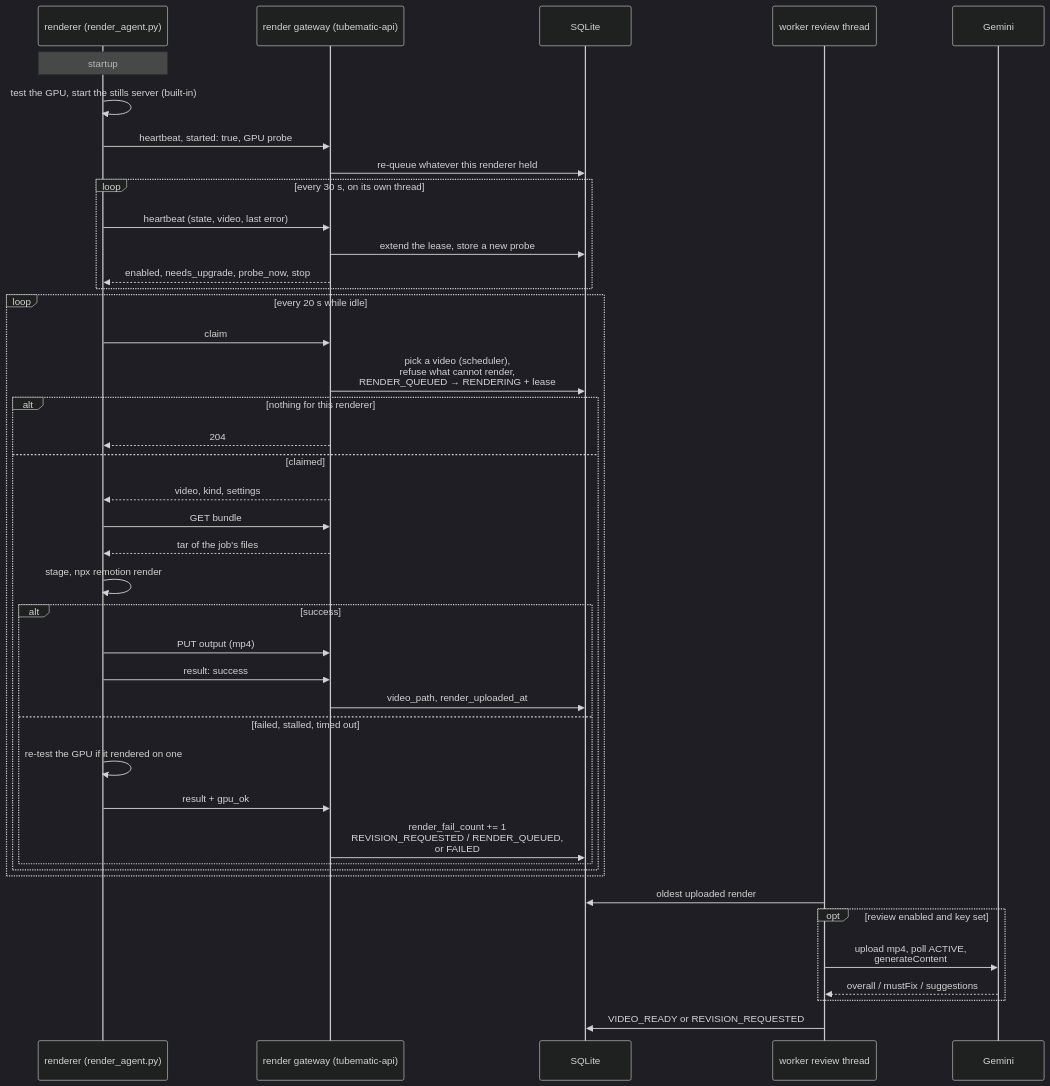
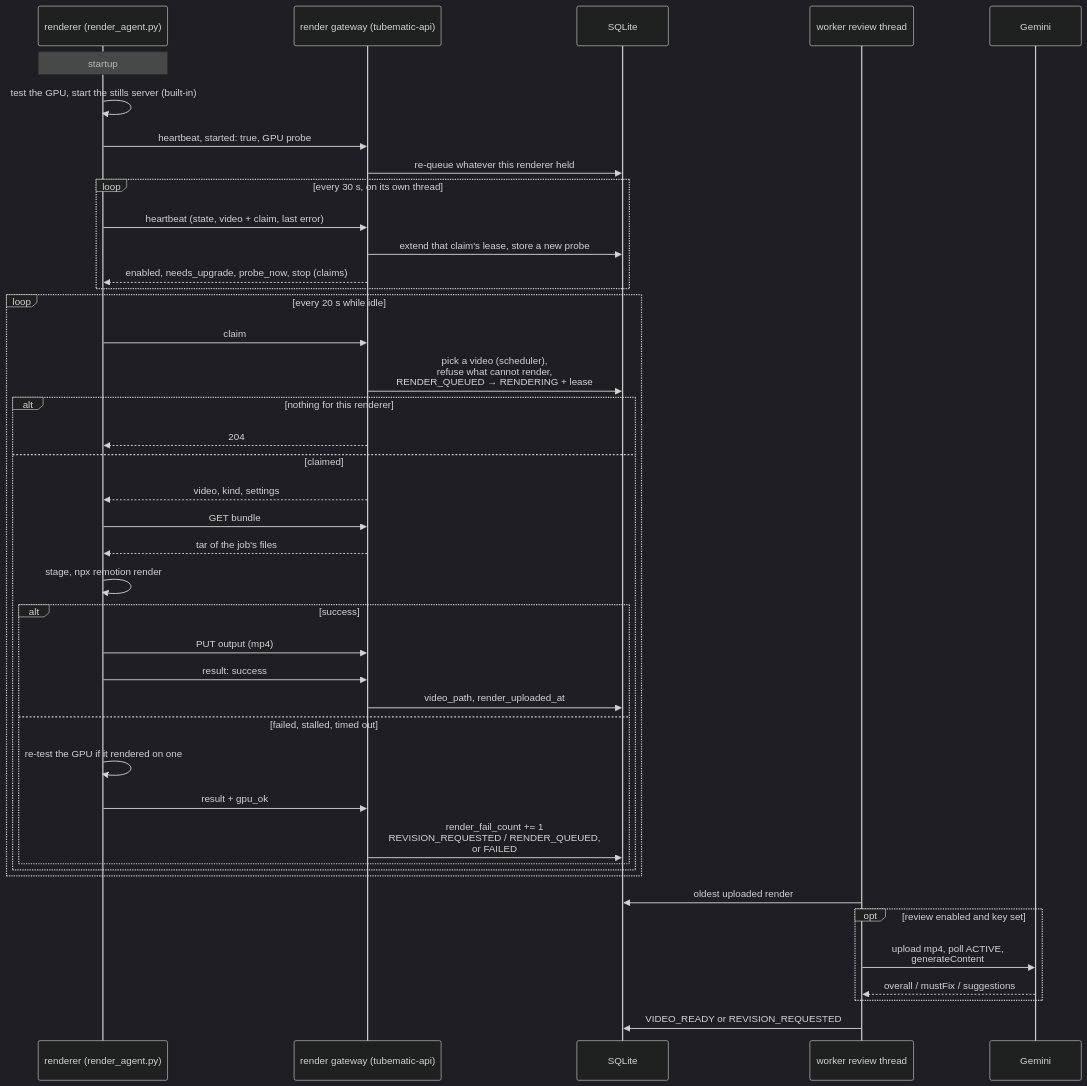
Before and after one commit to teja156/tubematic: the diagram in docs/developer/11-rendering-and-review.md, drawn with Mermaid (dark theme). The commit also changed other lines of this file and 9 other files, not shown here.

````diff
--- a/docs/developer/11-rendering-and-review.md
+++ b/docs/developer/11-rendering-and-review.md
@@ -25,45 +25,45 @@
 ```mermaid
 sequenceDiagram
     participant R as renderer (render_agent.py)
     participant GW as render gateway (tubematic-api)
     participant DB as SQLite
     participant W as worker review thread
     participant G as Gemini
 
     Note over R: startup
     R->>R: test the GPU, start the stills server (built-in)
     R->>GW: heartbeat, started: true, GPU probe
     GW->>DB: re-queue whatever this renderer held
     loop every 30 s, on its own thread
-        R->>GW: heartbeat (state, video, last error)
-        GW->>DB: extend the lease, store a new probe
-        GW-->>R: enabled, needs_upgrade, probe_now, stop
+        R->>GW: heartbeat (state, video + claim, last error)
+        GW->>DB: extend that claim's lease, store a new probe
+        GW-->>R: enabled, needs_upgrade, probe_now, stop (claims)
     end
     loop every 20 s while idle
         R->>GW: claim
         GW->>DB: pick a video (scheduler),<br/>refuse what cannot render,<br/>RENDER_QUEUED → RENDERING + lease
         alt nothing for this renderer
             GW-->>R: 204
         else claimed
             GW-->>R: video, kind, settings
             R->>GW: GET bundle
             GW-->>R: tar of the job's files
             R->>R: stage, npx remotion render
             alt success
                 R->>GW: PUT output (mp4)
                 R->>GW: result: success
                 GW->>DB: video_path, render_uploaded_at
             else failed, stalled, timed out
                 R->>R: re-test the GPU if it rendered on one
                 R->>GW: result + gpu_ok
                 GW->>DB: render_fail_count += 1<br/>REVISION_REQUESTED / RENDER_QUEUED,<br/>or FAILED
             end
         end
     end
     W->>DB: oldest uploaded render
     opt review enabled and key set
         W->>G: upload mp4, poll ACTIVE,<br/>generateContent
         G-->>W: overall / mustFix / suggestions
     end
     W->>DB: VIDEO_READY or REVISION_REQUESTED
 ```
````
